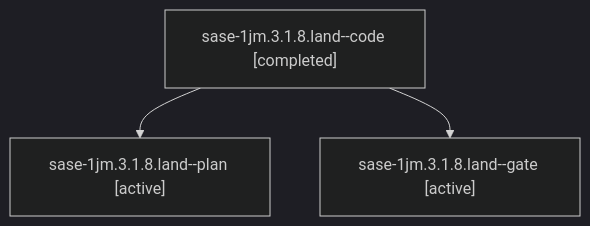
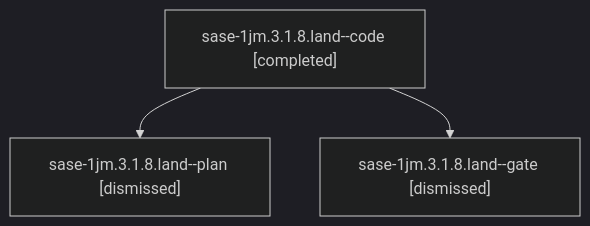
Before and after one commit to sase-org/sase--agents: the diagram in sessions/bbugyi200.athena.sase-1jm.3.1.8.land.md, drawn with Mermaid (dark theme). The commit also changed other lines of this file and 159 other files, not shown here.

````diff
--- a/sessions/bbugyi200.athena.sase-1jm.3.1.8.land.md
+++ b/sessions/bbugyi200.athena.sase-1jm.3.1.8.land.md
@@ -9,8 +9,8 @@
 ```mermaid
 flowchart TD
   n0["sase-1jm.3.1.8.land--code [completed]"]
-  n1["sase-1jm.3.1.8.land--plan [active]"]
+  n1["sase-1jm.3.1.8.land--plan [dismissed]"]
   n0 --> n1
-  n2["sase-1jm.3.1.8.land--gate [active]"]
+  n2["sase-1jm.3.1.8.land--gate [dismissed]"]
   n0 --> n2
 ```
````
